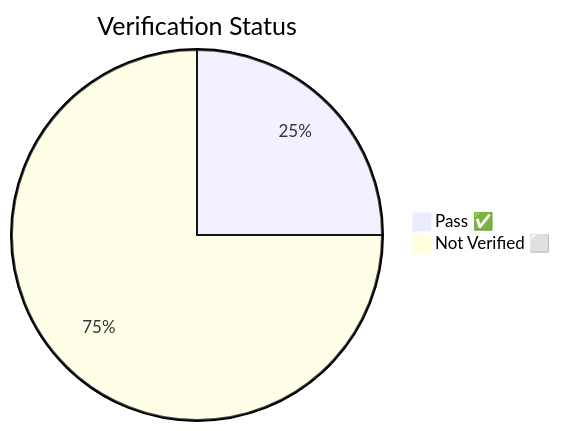
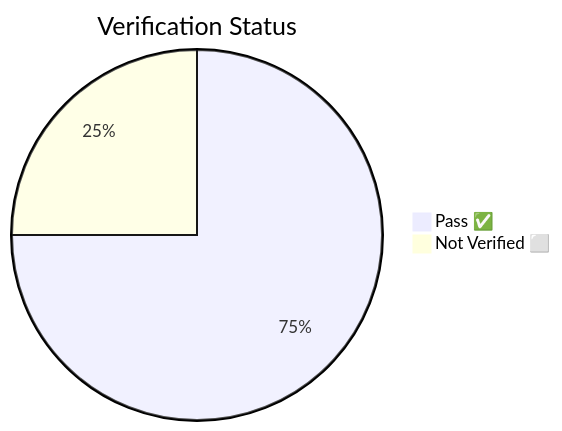
Before and after one commit to martonbence/Detection-Engineering: the first of 3 diagrams in README.md, drawn with Mermaid. The commit also changed other lines of this file and 7 other files, not shown here.

````diff
--- a/README.md
+++ b/README.md
@@ -12,5 +12,5 @@
 ```mermaid
 pie title Verification Status
-    "Pass ✅" : 1
-    "Not Verified ⬜" : 3
+    "Pass ✅" : 3
+    "Not Verified ⬜" : 1
 ```
````
